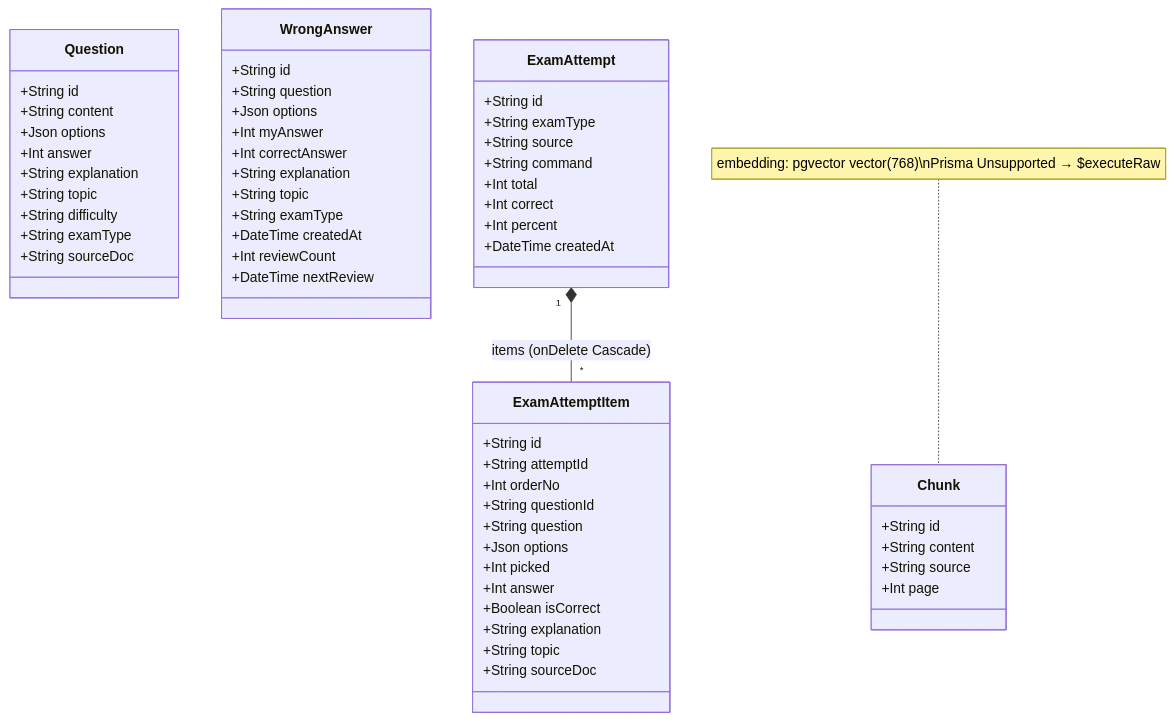
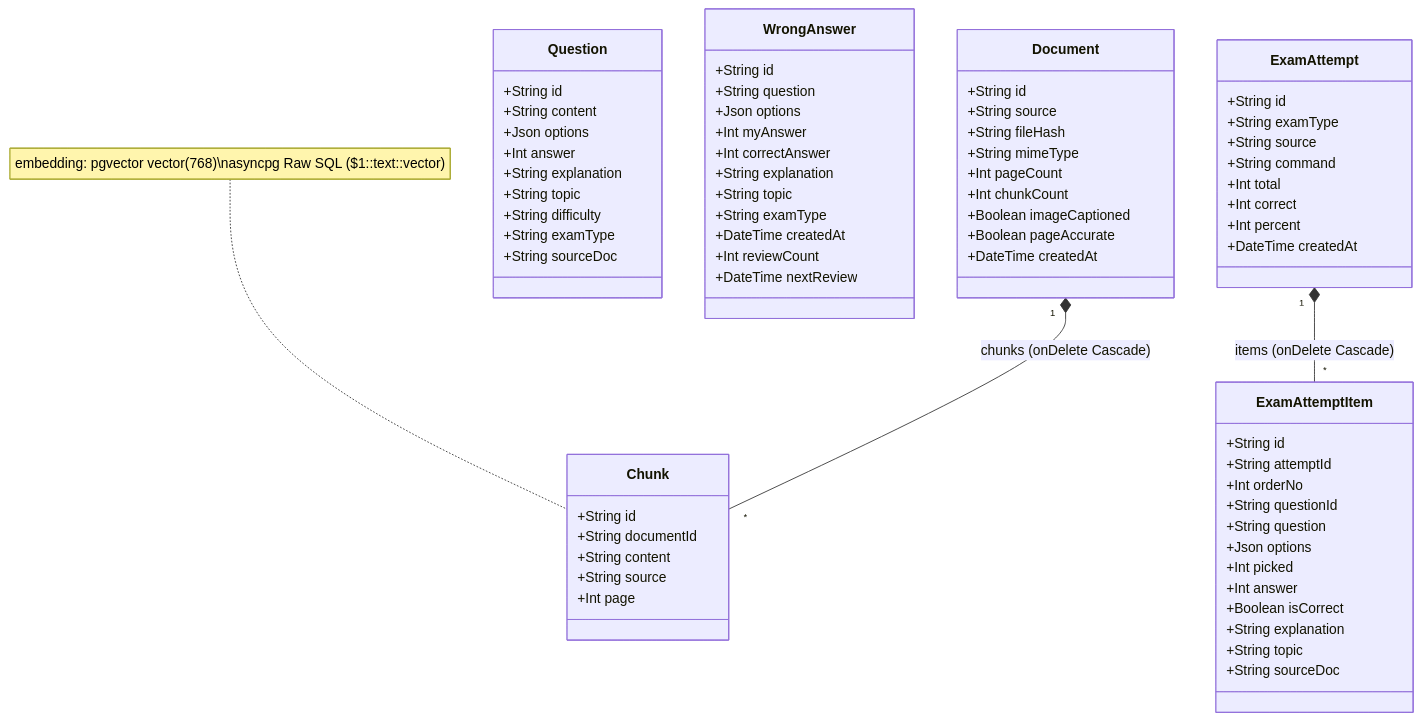
The second of 3 diagrams in README.md (yoonJJ/cert-rag-platform), drawn with Mermaid before and after one commit. The commit also changed other lines of this file and 38 other files, not shown here.

````diff
--- a/README.md
+++ b/README.md
@@ -200,66 +205,81 @@
 ```mermaid
 classDiagram
   direction TB
 
+  class Document {
+    +String id
+    +String source
+    +String fileHash
+    +String mimeType
+    +Int pageCount
+    +Int chunkCount
+    +Boolean imageCaptioned
+    +Boolean pageAccurate
+    +DateTime createdAt
+  }
+
   class Chunk {
     +String id
+    +String documentId
     +String content
     +String source
     +Int page
   }
-  note for Chunk "embedding: pgvector vector(768)\nPrisma Unsupported → $executeRaw"
+  note for Chunk "embedding: pgvector vector(768)\nasyncpg Raw SQL ($1::text::vector)"
+
+  Document "1" *-- "*" Chunk : chunks (onDelete Cascade)
 
   class Question {
     +String id
     +String content
     +Json options
     +Int answer
     +String explanation
     +String topic
     +String difficulty
     +String examType
     +String sourceDoc
   }
 
   class WrongAnswer {
     +String id
     +String question
     +Json options
     +Int myAnswer
     +Int correctAnswer
     +String explanation
     +String topic
     +String examType
     +DateTime createdAt
     +Int reviewCount
     +DateTime nextReview
   }
 
   class ExamAttempt {
     +String id
     +String examType
     +String source
     +String command
     +Int total
     +Int correct
     +Int percent
     +DateTime createdAt
   }
 
   class ExamAttemptItem {
     +String id
     +String attemptId
     +Int orderNo
     +String questionId
     +String question
     +Json options
     +Int picked
     +Int answer
     +Boolean isCorrect
     +String explanation
     +String topic
     +String sourceDoc
   }
 
   ExamAttempt "1" *-- "*" ExamAttemptItem : items (onDelete Cascade)
 ```
````
